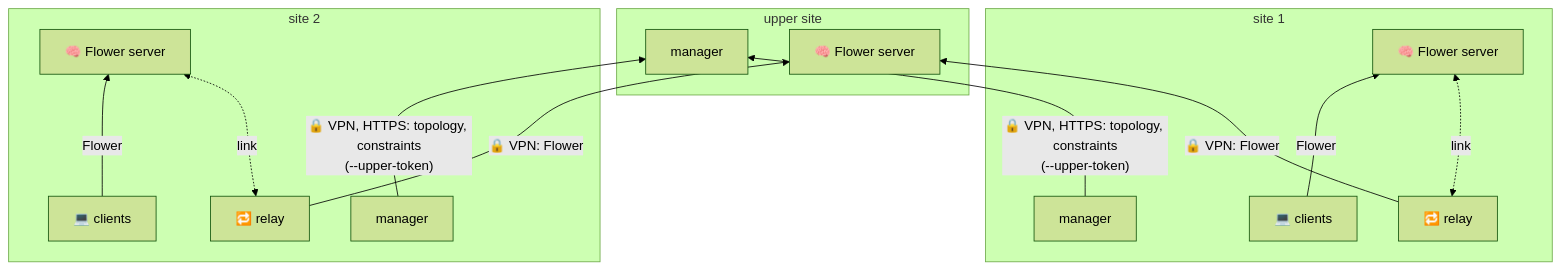
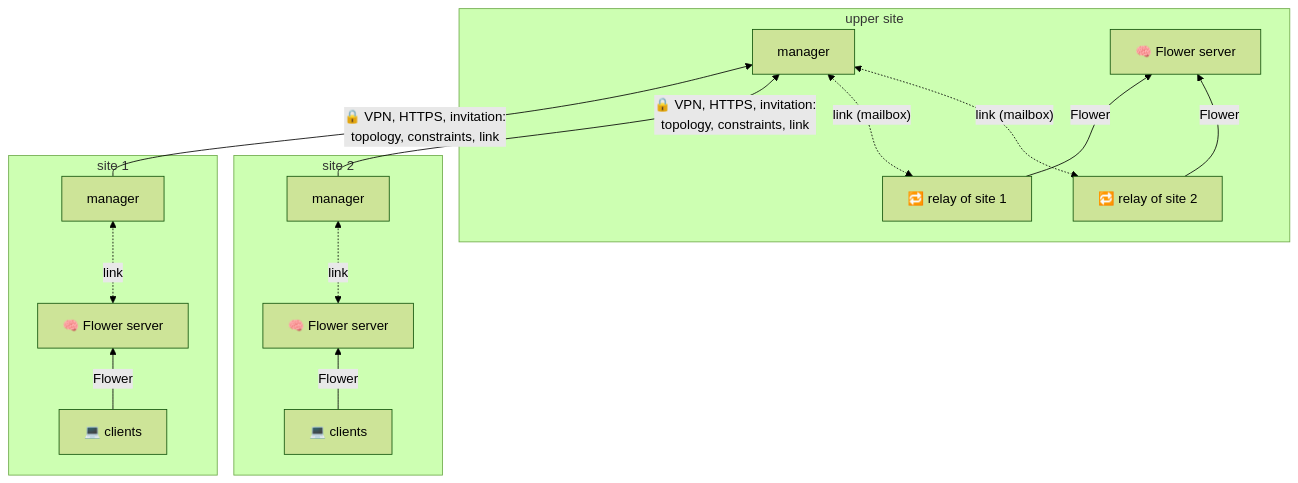
Before and after one commit to ThalesGroup/pybiscus: the fourth of 5 diagrams in docs/usage-scenarios.md, drawn with Mermaid (forest theme). The commit also changed other lines of this file and 21 other files, not shown here.

````diff
--- a/docs/usage-scenarios.md
+++ b/docs/usage-scenarios.md
@@ -192,25 +192,26 @@
 ```mermaid
 flowchart BT
   subgraph U["upper site"]
     UM["manager"]
     US["🧠 Flower server"]
+    R1["🔁 relay of site 1"]
+    R2["🔁 relay of site 2"]
   end
   subgraph S1["site 1"]
     M1["manager"]
-    R1["🔁 relay"]
     S1S["🧠 Flower server"]
     C1["💻 clients"]
   end
   subgraph S2["site 2"]
     M2["manager"]
-    R2["🔁 relay"]
     S2S["🧠 Flower server"]
     C2["💻 clients"]
   end
-  M1 & M2 -- "🔒 VPN, HTTPS: topology, constraints<br/>(--upper-token)" --> UM
-  R1 & R2 -- "🔒 VPN: Flower" --> US
-  R1 <-. link .-> S1S
-  R2 <-. link .-> S2S
+  M1 & M2 -- "🔒 VPN, HTTPS, invitation:<br/>topology, constraints, link" --> UM
+  R1 & R2 -- Flower --> US
+  R1 & R2 <-. "link (mailbox)" .-> UM
+  S1S <-. link .-> M1
+  S2S <-. link .-> M2
   C1 -- Flower --> S1S
   C2 -- Flower --> S2S
 ```
````
